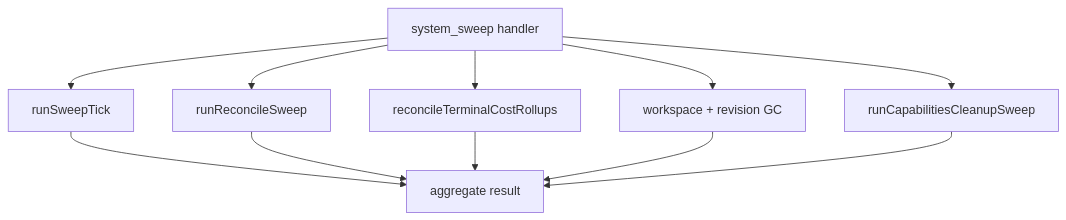
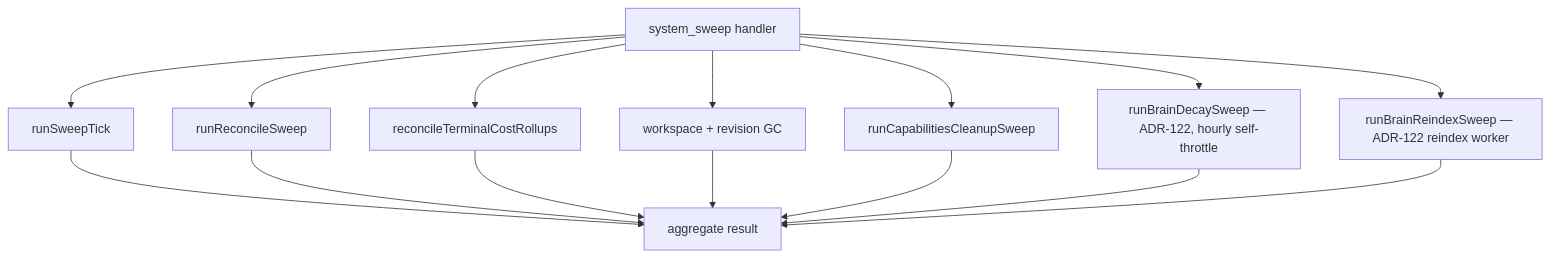
One commit to maister-dev/maister changed the fourth of 5 diagrams in docs/system-analytics/scheduler.md. Above: the diagram before and after it, drawn with Mermaid. The commit also changed 61 other files, not shown here.

First line of the commit message:
fix(brain): close full-review findings round 2 (ADR-122)

````diff
--- a/docs/system-analytics/scheduler.md
+++ b/docs/system-analytics/scheduler.md
@@ -140,13 +140,17 @@
 ```mermaid
 flowchart TD
     Sweep[system_sweep handler] --> Keepalive[runSweepTick]
     Sweep --> Reconcile[runReconcileSweep]
     Sweep --> CostReconcile[reconcileTerminalCostRollups]
     Sweep --> Gc[workspace + revision GC]
     Sweep --> CapCleanup[runCapabilitiesCleanupSweep]
+    Sweep --> BrainDecay[runBrainDecaySweep — ADR-122, hourly self-throttle]
+    Sweep --> BrainReindex[runBrainReindexSweep — ADR-122 reindex worker]
     Keepalive --> Summary[aggregate result]
     Reconcile --> Summary
     CostReconcile --> Summary
     Gc --> Summary
     CapCleanup --> Summary
+    BrainDecay --> Summary
+    BrainReindex --> Summary
 ```
````
